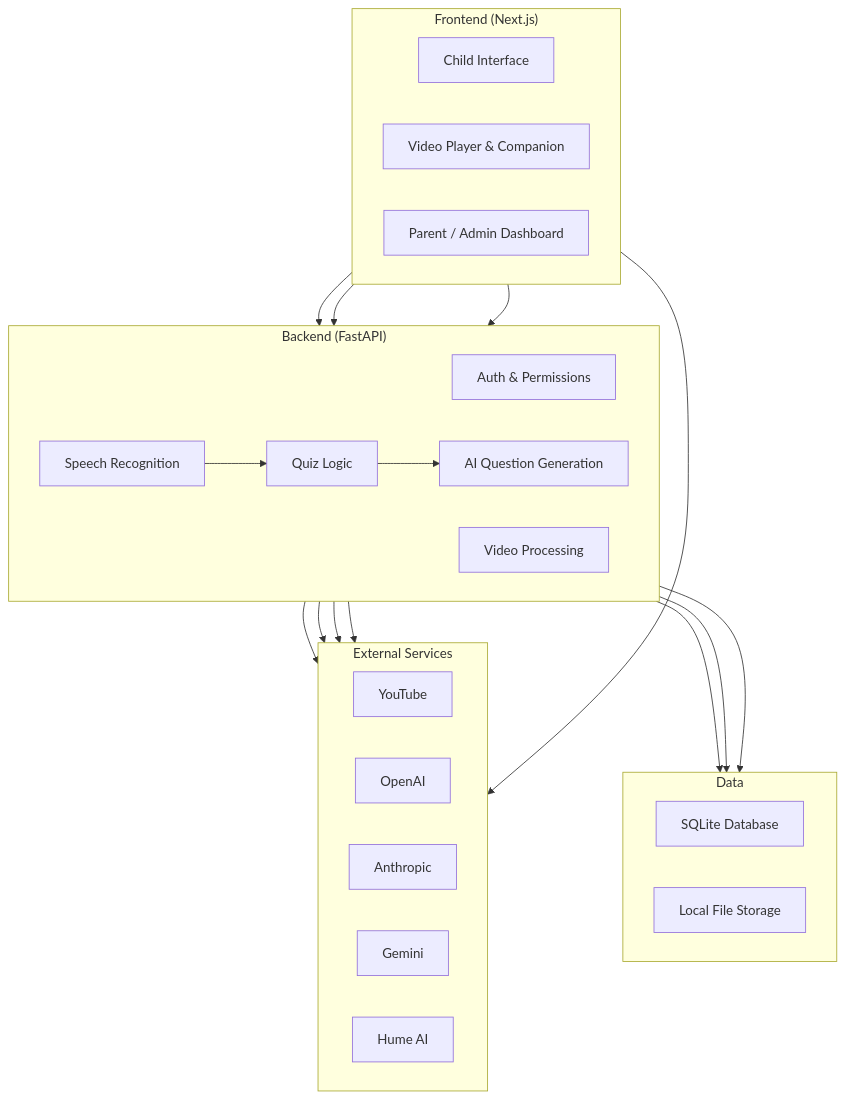
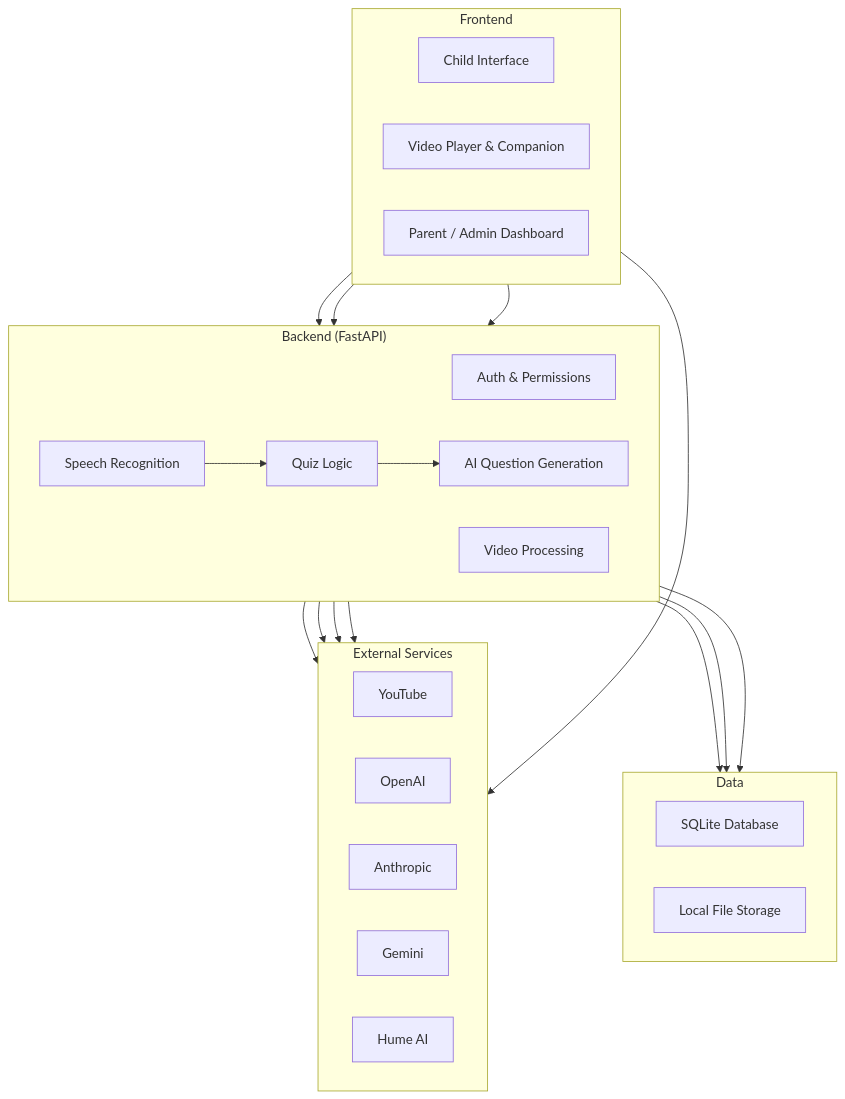
The diagram in documentation/docs/requirements/System-block-diagram.md (Capstone-Projects-2026-spring/project-piggyback-learning-piggyback-1), drawn with Mermaid before and after one commit. The commit also changed other lines of this file and 3 other files, not shown here.

Commit message:
removed useless diagrams and updated class diagram

````diff
--- a/documentation/docs/requirements/System-block-diagram.md
+++ b/documentation/docs/requirements/System-block-diagram.md
@@ -7,48 +7,48 @@
 ```mermaid
 flowchart TD
 
-  subgraph FE["Frontend (Next.js)"]
+  subgraph FE["Frontend"]
     direction LR
     ChildUI["Child Interface"]
     VideoComp["Video Player & Companion"]
     ParentUI["Parent / Admin Dashboard"]
   end
 
   subgraph BE["Backend (FastAPI)"]
     direction LR
     Auth["Auth & Permissions"]
     QuizLogic["Quiz Logic"]
     SpeechRec["Speech Recognition"]
     AIGen["AI Question Generation"]
     VideoProc["Video Processing"]
   end
 
   subgraph EXT["External Services"]
     direction LR
     YouTube["YouTube"]
     OpenAI["OpenAI"]
     Anthropic["Anthropic"]
     Gemini["Gemini"]
     HumeAI["Hume AI"]
   end
 
   subgraph DATA["Data"]
     direction LR
     DB["SQLite Database"]
     Files["Local File Storage"]
   end
 
   ChildUI --> QuizLogic
   ChildUI --> SpeechRec
   VideoComp --> HumeAI
   ParentUI --> Auth
   QuizLogic --> AIGen
   QuizLogic --> DB
   SpeechRec --> QuizLogic
   AIGen --> OpenAI
   AIGen --> Anthropic
   AIGen --> Gemini
   VideoProc --> YouTube
   VideoProc --> Files
   Auth --> DB
 ```
````
